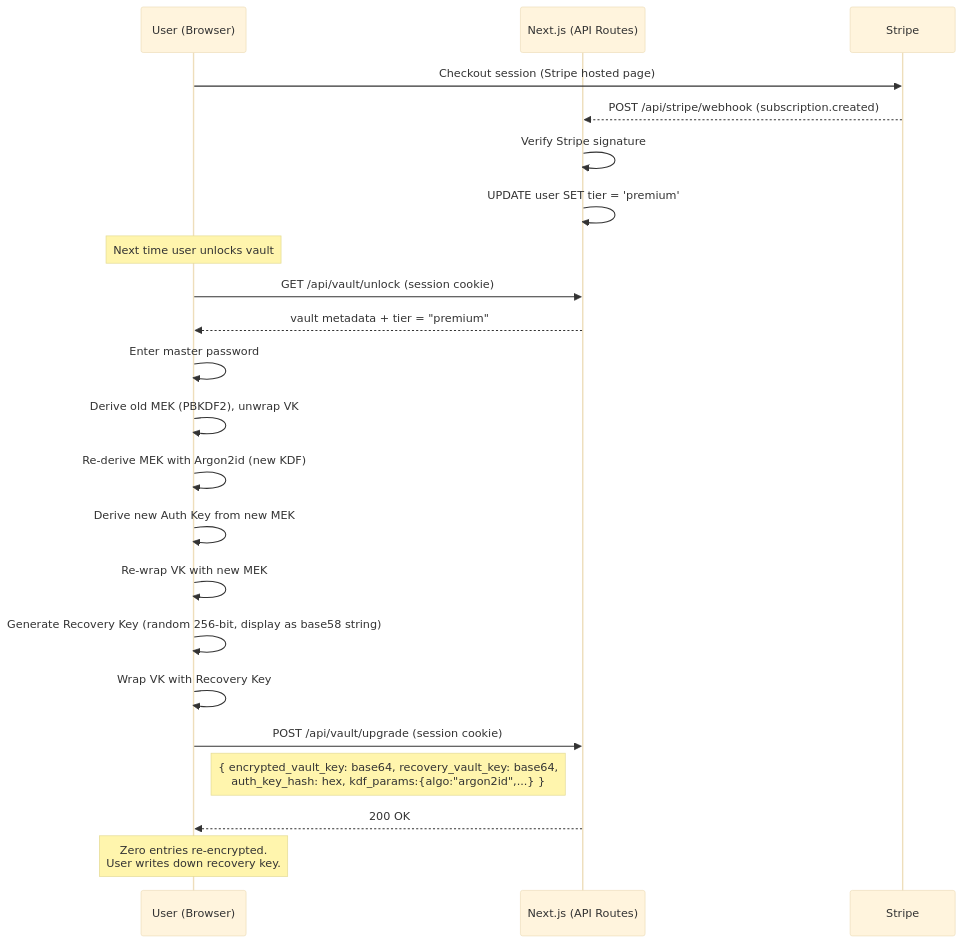
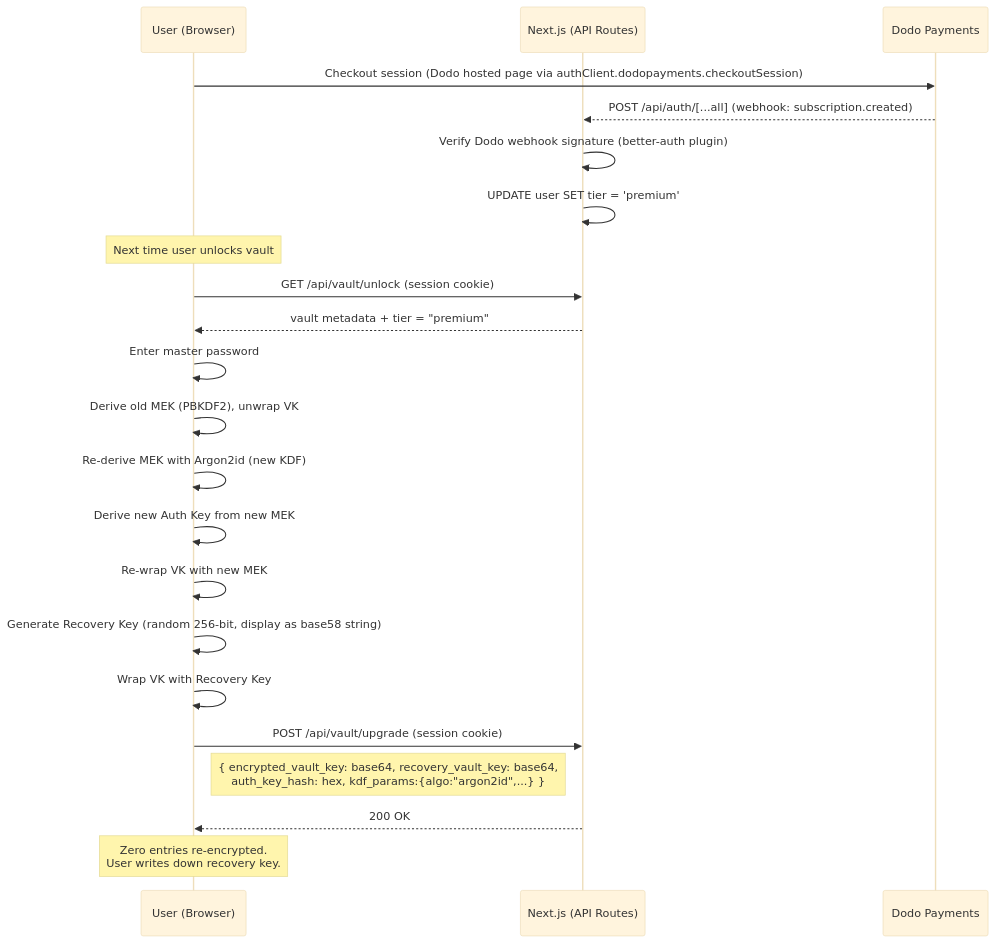
One commit to kunalsinghdadhwal/lockr changed the eighth of 8 diagrams in docs/ARCHITECTURE.md. Above: the diagram before and after it, drawn with Mermaid (base theme). The commit also changed other lines of this file and 9 other files, not shown here.

````diff
--- a/docs/ARCHITECTURE.md
+++ b/docs/ARCHITECTURE.md
@@ -425,30 +425,30 @@
 ```mermaid
 sequenceDiagram
     participant U as User (Browser)
     participant N as Next.js (API Routes)
-    participant S as Stripe
+    participant D as Dodo Payments
 
-    U->>S: Checkout session (Stripe hosted page)
-    S-->>N: POST /api/stripe/webhook (subscription.created)
-    N->>N: Verify Stripe signature
+    U->>D: Checkout session (Dodo hosted page via authClient.dodopayments.checkoutSession)
+    D-->>N: POST /api/auth/[...all] (webhook: subscription.created)
+    N->>N: Verify Dodo webhook signature (better-auth plugin)
     N->>N: UPDATE user SET tier = 'premium'
 
     Note over U: Next time user unlocks vault
     U->>N: GET /api/vault/unlock (session cookie)
     N-->>U: vault metadata + tier = "premium"
 
     U->>U: Enter master password
     U->>U: Derive old MEK (PBKDF2), unwrap VK
 
     U->>U: Re-derive MEK with Argon2id (new KDF)
     U->>U: Derive new Auth Key from new MEK
     U->>U: Re-wrap VK with new MEK
     U->>U: Generate Recovery Key (random 256-bit, display as base58 string)
     U->>U: Wrap VK with Recovery Key
 
     U->>N: POST /api/vault/upgrade (session cookie)
     Note right of U: { encrypted_vault_key: base64, recovery_vault_key: base64,<br/>auth_key_hash: hex, kdf_params:{algo:"argon2id",...} }
     N-->>U: 200 OK
 
     Note over U: Zero entries re-encrypted.<br/>User writes down recovery key.
 ```
````
